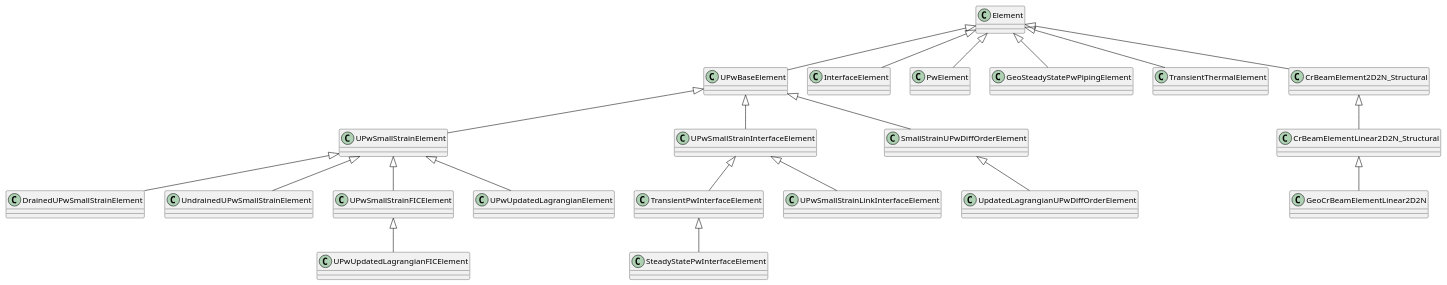
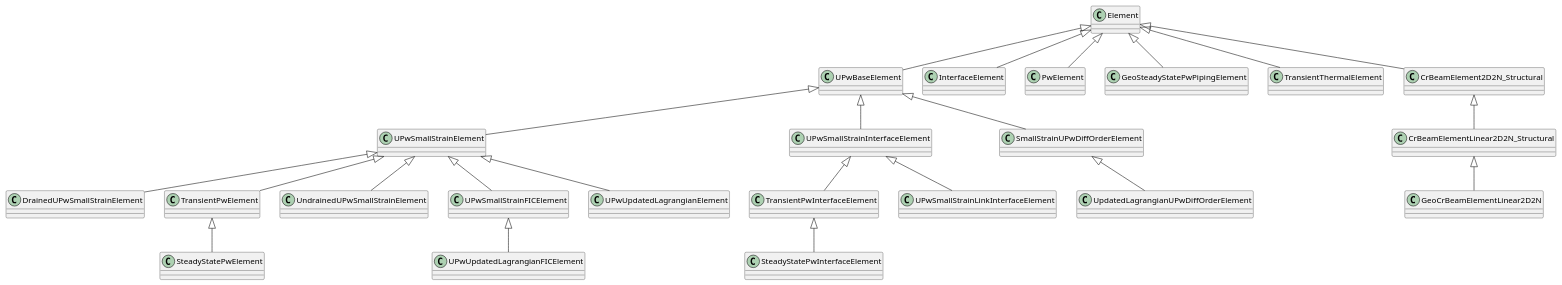
Before and after one commit to KratosMultiphysics/Kratos: the diagram in applications/GeoMechanicsApplication/custom_elements/element_hierarchy.puml, drawn with PlantUML. The commit also changed 1 other file, not shown here.

Commit message:
reverted element_hierarchy

```diff
--- a/applications/GeoMechanicsApplication/custom_elements/element_hierarchy.puml
+++ b/applications/GeoMechanicsApplication/custom_elements/element_hierarchy.puml
@@ -1,68 +1,72 @@
 @startuml
 'https://plantuml.com/class-diagram
 
 class Element
 
 'UPW
 class UPwBaseElement
 
 class UPwSmallStrainElement
 class DrainedUPwSmallStrainElement
+class TransientPwElement
+class SteadyStatePwElement
 class UndrainedUPwSmallStrainElement
 class UPwSmallStrainFICElement
 class UPwUpdatedLagrangianFICElement
 class UPwUpdatedLagrangianElement
 
 class UPwSmallStrainInterfaceElement
 class TransientPwInterfaceElement
 class SteadyStatePwInterfaceElement
 class UPwSmallStrainLinkInterfaceElement
 
 Element <|-- UPwBaseElement
 UPwBaseElement <|-- UPwSmallStrainElement
 
 UPwSmallStrainElement <|-- DrainedUPwSmallStrainElement
+UPwSmallStrainElement <|-- TransientPwElement
+TransientPwElement <|-- SteadyStatePwElement
 UPwSmallStrainElement <|-- UndrainedUPwSmallStrainElement
 UPwSmallStrainElement <|-- UPwSmallStrainFICElement
 UPwSmallStrainFICElement <|-- UPwUpdatedLagrangianFICElement
 UPwSmallStrainElement <|-- UPwUpdatedLagrangianElement
 
 '
 '
 'Diff Order
 class SmallStrainUPwDiffOrderElement
 class UpdatedLagrangianUPwDiffOrderElement
 
 UPwBaseElement <|-- SmallStrainUPwDiffOrderElement
 SmallStrainUPwDiffOrderElement <|-- UpdatedLagrangianUPwDiffOrderElement
 
 UPwBaseElement <|-- UPwSmallStrainInterfaceElement
 UPwSmallStrainInterfaceElement <|-- TransientPwInterfaceElement
 TransientPwInterfaceElement <|-- SteadyStatePwInterfaceElement
 UPwSmallStrainInterfaceElement <|-- UPwSmallStrainLinkInterfaceElement
 
 class InterfaceElement
 Element <|-- InterfaceElement
 
 'Pw Elements
 class PwElement
 class GeoSteadyStatePwPipingElement
 
 Element <|-- PwElement
 Element <|-- GeoSteadyStatePwPipingElement
 
 ''Thermal
 class TransientThermalElement
 Element <|-- TransientThermalElement
 '
 '
 'Structural
 class CrBeamElement2D2N_Structural
 class CrBeamElementLinear2D2N_Structural
 class GeoCrBeamElementLinear2D2N
 
 Element <|-- CrBeamElement2D2N_Structural
 CrBeamElement2D2N_Structural <|-- CrBeamElementLinear2D2N_Structural
 CrBeamElementLinear2D2N_Structural <|-- GeoCrBeamElementLinear2D2N
 
 @enduml
```
